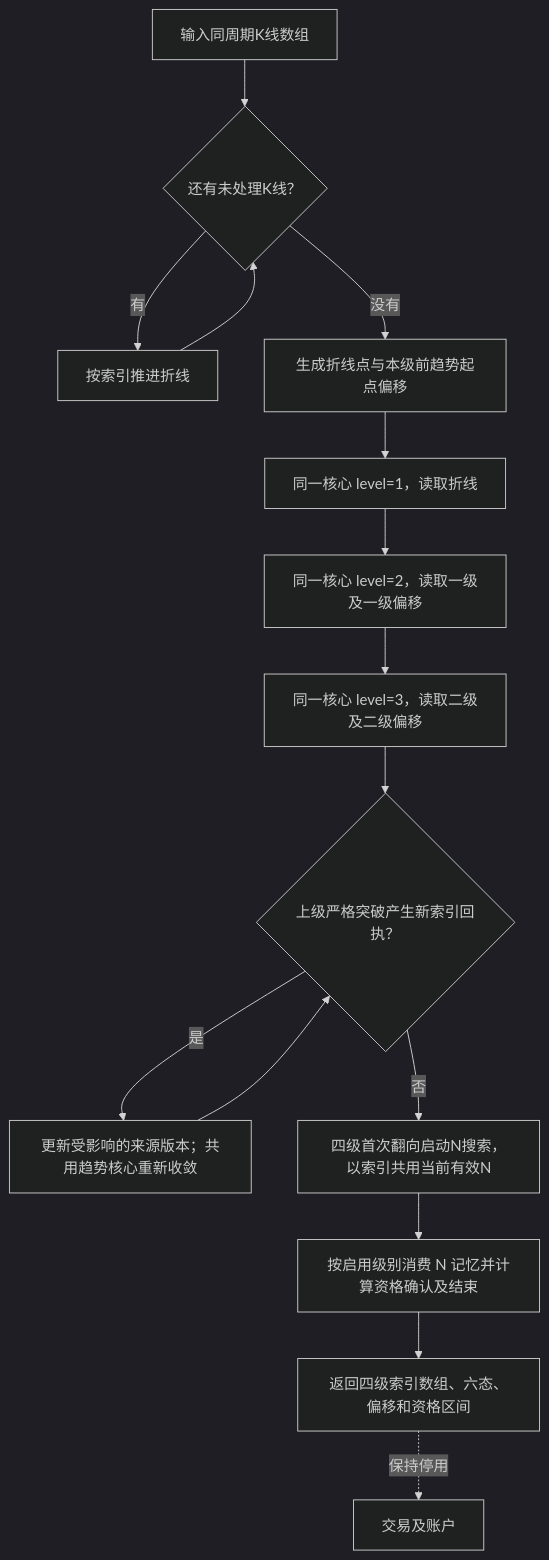
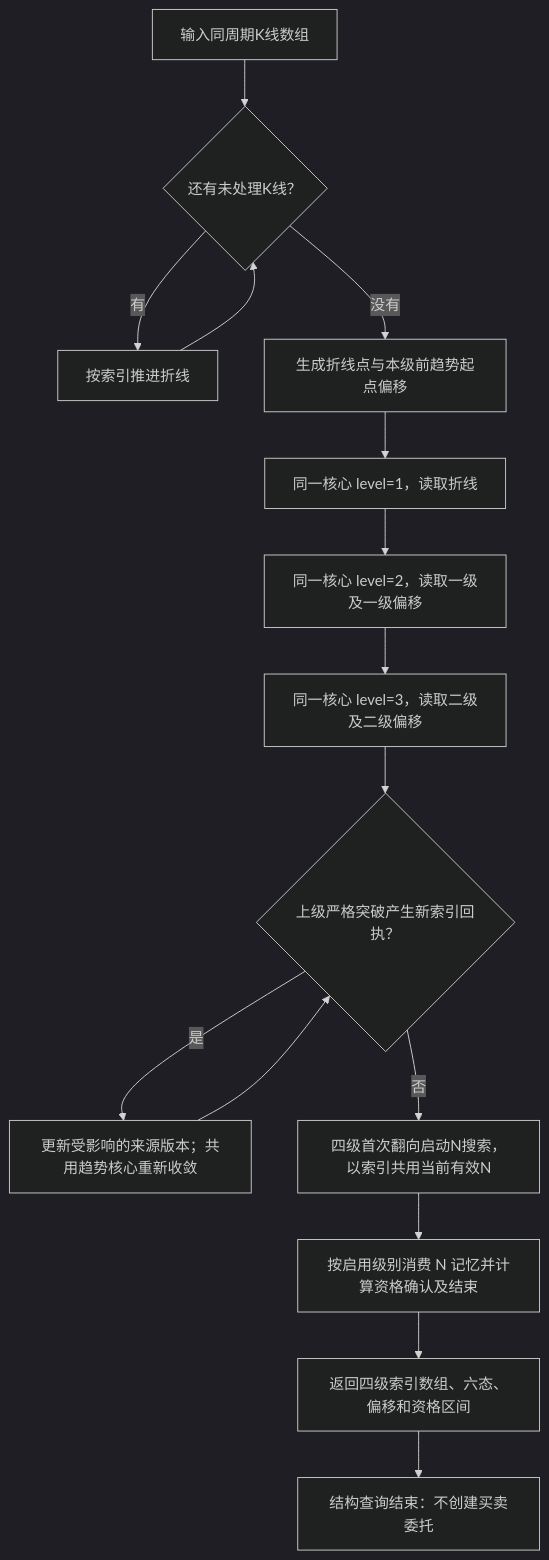
The fifth of 29 diagrams in docs/trend-analysis-flow.md (bobo553/wavequant-monorepo), drawn with Mermaid (dark theme) before and after one commit. The commit also changed other lines of this file and 38 other files, not shown here.

````diff
--- a/docs/trend-analysis-flow.md
+++ b/docs/trend-analysis-flow.md
@@ -113,15 +144,15 @@
 ```mermaid
 flowchart TD
     A["输入同周期K线数组"] --> B{"还有未处理K线？"}
     B -->|有| C["按索引推进折线"] --> B
     B -->|没有| D["生成折线点与本级前趋势起点偏移"]
     D --> E["同一核心 level=1，读取折线"]
     E --> F["同一核心 level=2，读取一级及一级偏移"]
     F --> G["同一核心 level=3，读取二级及二级偏移"]
     G --> R{"上级严格突破产生新索引回执？"}
     R -->|是| V["更新受影响的来源版本；共用趋势核心重新收敛"] --> R
     R -->|否| N["四级首次翻向启动N搜索，以索引共用当前有效N"]
     N --> Q["按启用级别消费 N 记忆并计算资格确认及结束"]
     Q --> H["返回四级索引数组、六态、偏移和资格区间"]
-    H -.->|保持停用| I["交易及账户"]
+    H --> I["结构查询结束：不创建买卖委托"]
 ```
````
